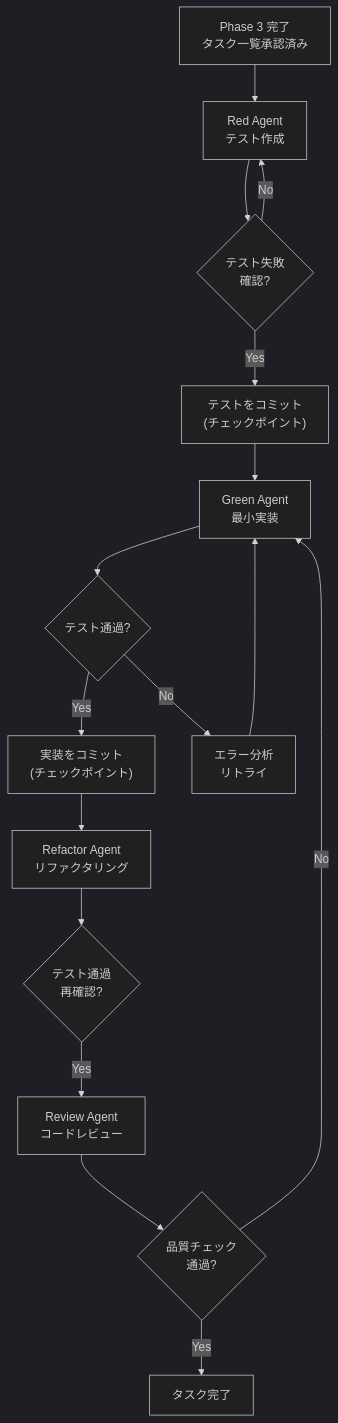
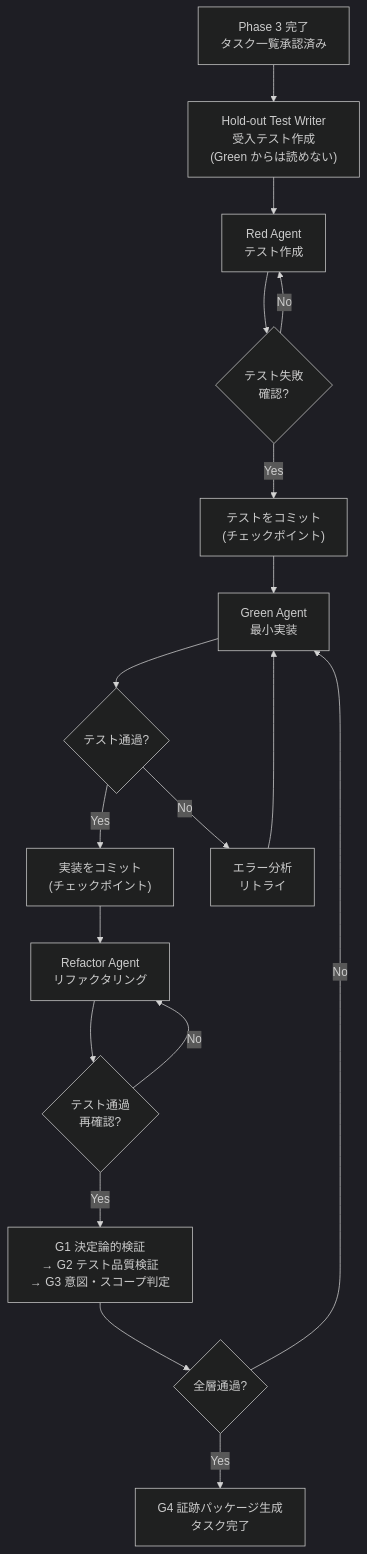
One commit to SeckeyJP/j-six-articles changed the diagram in articles/j-six-03-tdd-cc.md. Above: the diagram before and after it, drawn with Mermaid (dark theme). The commit also changed other lines of this file and 3 other files, not shown here.

````diff
--- a/articles/j-six-03-tdd-cc.md
+++ b/articles/j-six-03-tdd-cc.md
@@ -82,18 +103,20 @@
 ```mermaid
 flowchart TD
-    A["Phase 3 完了<br>タスク一覧承認済み"] --> B["Red Agent<br>テスト作成"]
+    A["Phase 3 完了<br>タスク一覧承認済み"] --> HO["Hold-out Test Writer<br>受入テスト作成<br>(Green からは読めない)"]
+    HO --> B["Red Agent<br>テスト作成"]
     B --> C{"テスト失敗<br>確認?"}
     C -- Yes --> D["テストをコミット<br>(チェックポイント)"]
     C -- No --> B
     D --> E["Green Agent<br>最小実装"]
     E --> F{"テスト通過?"}
     F -- Yes --> G["実装をコミット<br>(チェックポイント)"]
     F -- No --> H["エラー分析<br>リトライ"]
     H --> E
     G --> I["Refactor Agent<br>リファクタリング"]
     I --> J{"テスト通過<br>再確認?"}
-    J -- Yes --> K["Review Agent<br>コードレビュー"]
-    K --> L{"品質チェック<br>通過?"}
-    L -- Yes --> M["タスク完了"]
+    J -- Yes --> K["G1 決定論的検証<br>→ G2 テスト品質検証<br>→ G3 意図・スコープ判定"]
+    J -- No --> I
+    K --> L{"全層通過?"}
+    L -- Yes --> M["G4 証跡パッケージ生成<br>タスク完了"]
     L -- No --> E
 ```
````
